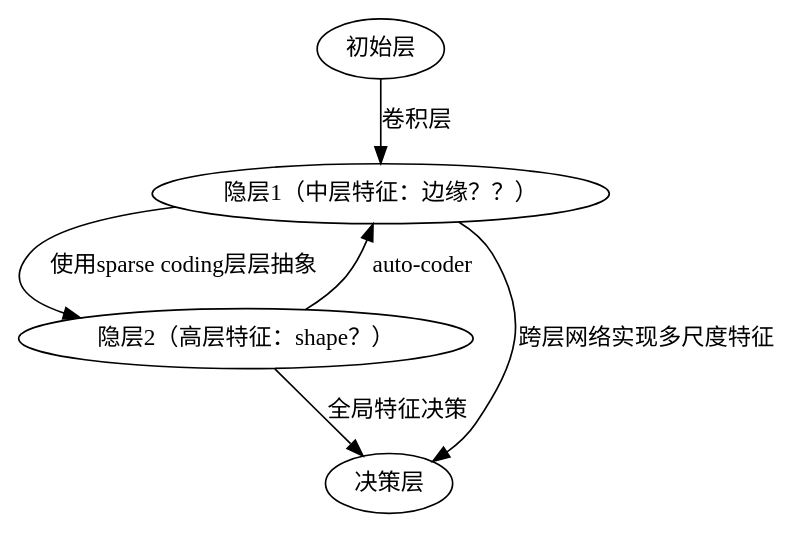
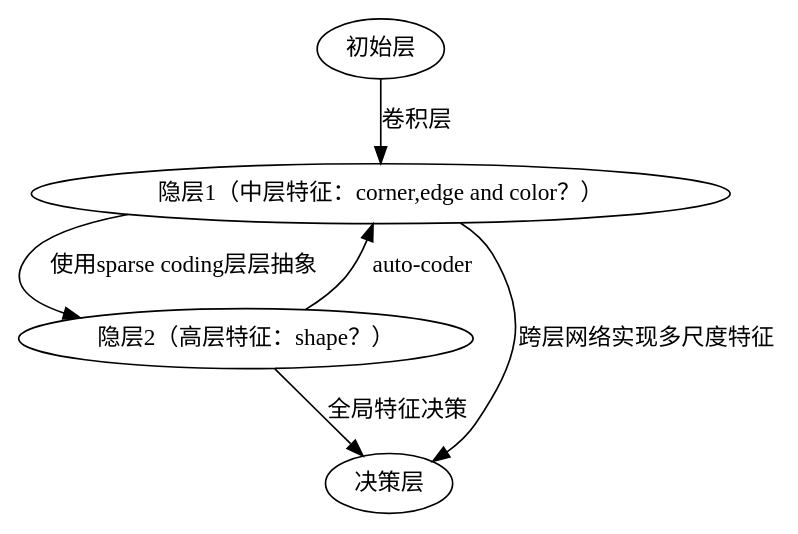
Before and after one commit to gwli/DeepLearningOnGPU: the diagram in source/Stage_2/neuralNetworks.rst, drawn with Graphviz. The commit also changed 2 other files, not shown here.

Commit message:
加入卷积神经网络分析

```diff
--- a/source/Stage_2/neuralNetworks.rst
+++ b/source/Stage_2/neuralNetworks.rst
@@ -7,13 +7,13 @@
 .. graphviz::
    
    digraph{
       a [label="初始层"]
-      b [label="隐层1（中层特征：边缘？？）"]
+      b [label="隐层1（中层特征：corner,edge and color？）"]
       c [label="隐层2（高层特征：shape？）"]
       d [label="决策层"]
       a->b  [label="卷积层"]
       c->b  [label="auto-coder"]
       b->d  [label="跨层网络实现多尺度特征"] 
       b->c  [label="使用sparse coding层层抽象"]
       c->d  [label="全局特征决策"]
    }
```
